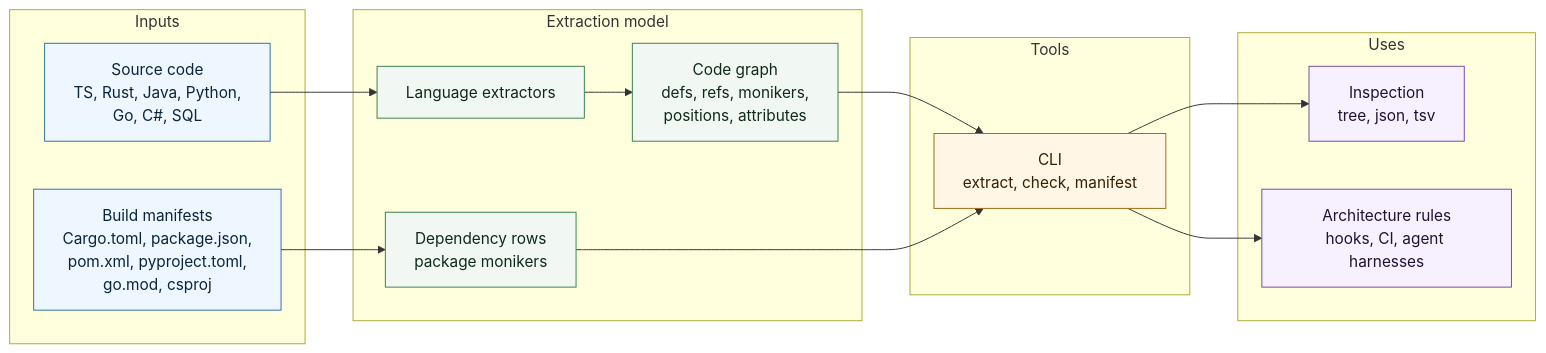
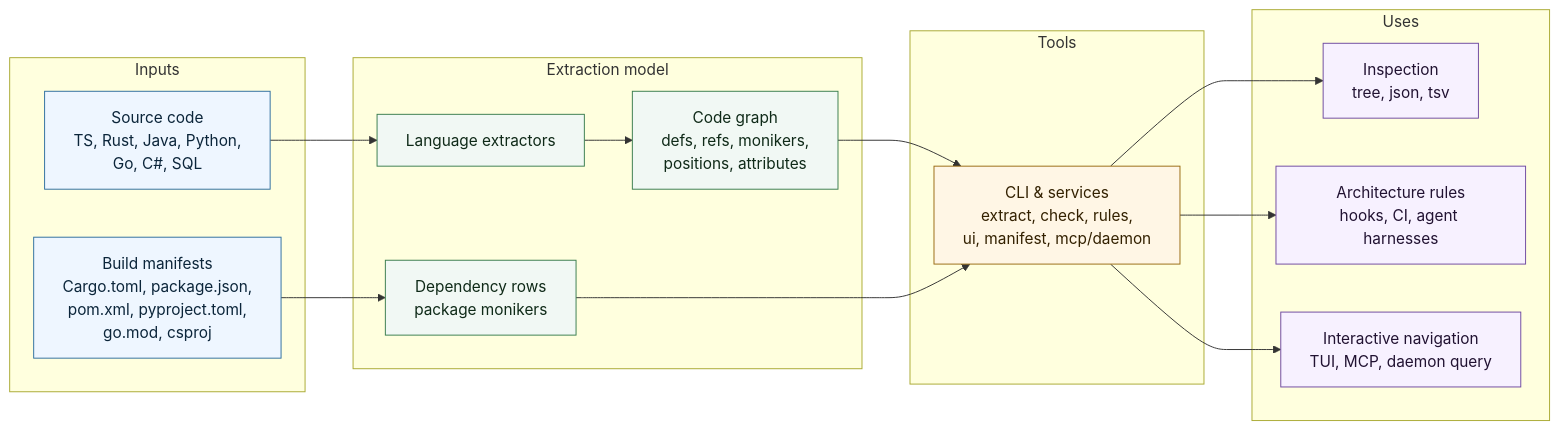
One commit to ng-galien/code-moniker changed the diagram in README.md. Above: the diagram before and after it, drawn with Mermaid. The commit also changed other lines of this file and 9 other files, not shown here.

Commit message:
feat(check): support inline rules overlays

````diff
--- a/README.md
+++ b/README.md
@@ -40,38 +40,40 @@
 ```mermaid
 flowchart LR
   subgraph Input["Inputs"]
     S["Source code<br/>TS, Rust, Java, Python,<br/>Go, C#, SQL"]
     M["Build manifests<br/>Cargo.toml, package.json,<br/>pom.xml, pyproject.toml,<br/>go.mod, csproj"]
   end
 
   subgraph Model["Extraction model"]
     E["Language extractors"]
     G["Code graph<br/>defs, refs, monikers,<br/>positions, attributes"]
     D["Dependency rows<br/>package monikers"]
   end
 
   subgraph Tools["Tools"]
-    C["CLI<br/>extract, check, manifest"]
+    C["CLI & services<br/>extract, check, rules,<br/>ui, manifest, mcp/daemon"]
   end
 
   subgraph Uses["Uses"]
     I["Inspection<br/>tree, json, tsv"]
     R["Architecture rules<br/>hooks, CI, agent harnesses"]
+    N["Interactive navigation<br/>TUI, MCP, daemon query"]
   end
 
   S --> E --> G
   M --> D
   G --> C
   D --> C
   C --> I
   C --> R
+  C --> N
 
   classDef input fill:#eef6ff,stroke:#2f6f9f,color:#0b253a
   classDef model fill:#f1f8f4,stroke:#3a7d4f,color:#0f2a18
   classDef tool fill:#fff6e5,stroke:#9a6b12,color:#332100
   classDef use fill:#f7f1ff,stroke:#6f4aa1,color:#211232
   class S,M input
   class E,G,D model
   class C tool
-  class I,R use
+  class I,R,N use
 ```
````
